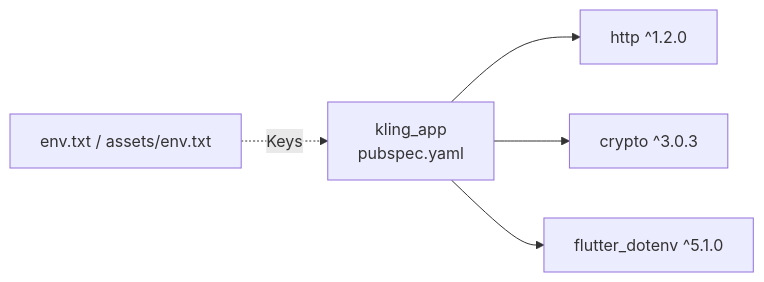
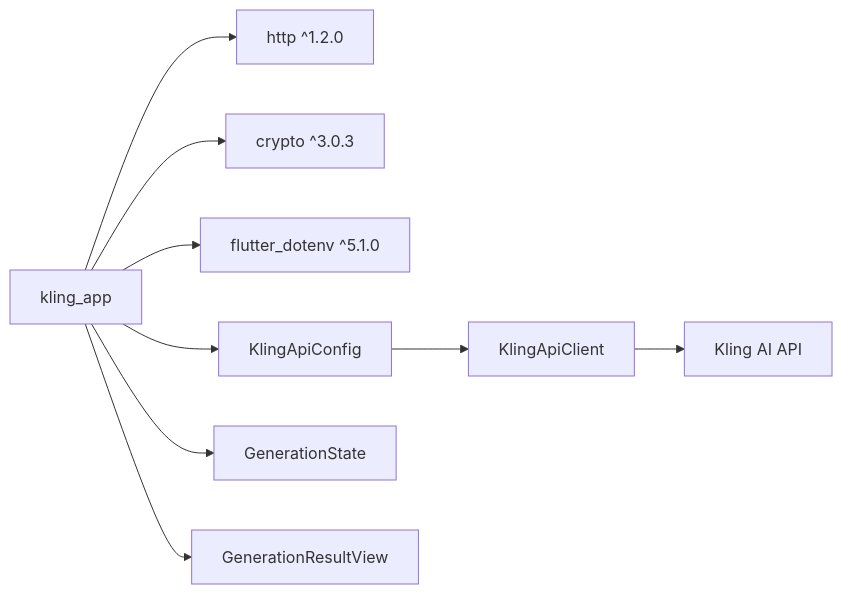
Before and after one commit to cripnail/kling_app: the seventh of 7 diagrams in .qoder/repowiki/en/content/API Integration.md, drawn with Mermaid. The commit also changed other lines of this file and 15 other files, not shown here.

````diff
--- a/.qoder/repowiki/en/content/API Integration.md
+++ b/.qoder/repowiki/en/content/API Integration.md
@@ -243,7 +303,11 @@
 ```mermaid
 graph LR
-App["kling_app<br/>pubspec.yaml"] --> HTTP["http ^1.2.0"]
+App["kling_app"] --> HTTP["http ^1.2.0"]
 App --> Crypto["crypto ^3.0.3"]
 App --> DotEnv["flutter_dotenv ^5.1.0"]
-EnvFile["env.txt / assets/env.txt"] -. "Keys" .-> App
+App --> Config["KlingApiConfig"]
+App --> Enums["GenerationState"]
+App --> Result["GenerationResultView"]
+Config --> Client["KlingApiClient"]
+Client --> API["Kling AI API"]
 ```
````
